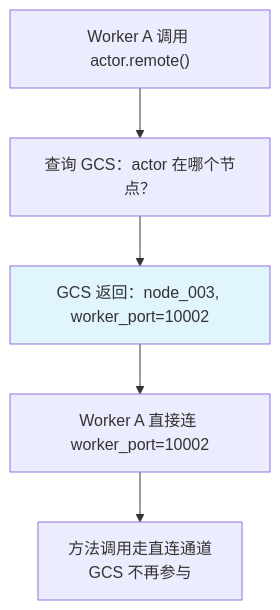
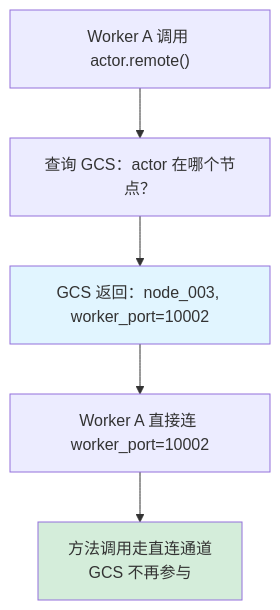
Before and after one commit to keyuanweb/ai-learning-path: the fourth of 7 diagrams in ray-learning-path/04-容错与一致性/03-GCS全局控制存储.md, drawn with Mermaid. The commit also changed other lines of this file and 176 other files, not shown here.

First line of the commit message:
docs: 全仓库文档校对修复——错别字/失效链接/Mermaid图/源码引用

````diff
--- a/ray-learning-path/04-容错与一致性/03-GCS全局控制存储.md
+++ b/ray-learning-path/04-容错与一致性/03-GCS全局控制存储.md
@@ -150,10 +150,10 @@
 ```mermaid
 graph TD
     A["Worker A 调用 actor.remote()"] --> B["查询 GCS：actor 在哪个节点？"]
     B --> C["GCS 返回：node_003, worker_port=10002"]
     C --> D["Worker A 直接连 worker_port=10002"]
     D --> E["方法调用走直连通道<br/>GCS 不再参与"]
 
     style C fill:#e1f5ff
-    style E fill:#d4edga
+    style E fill:#d4edda
 ```
````
